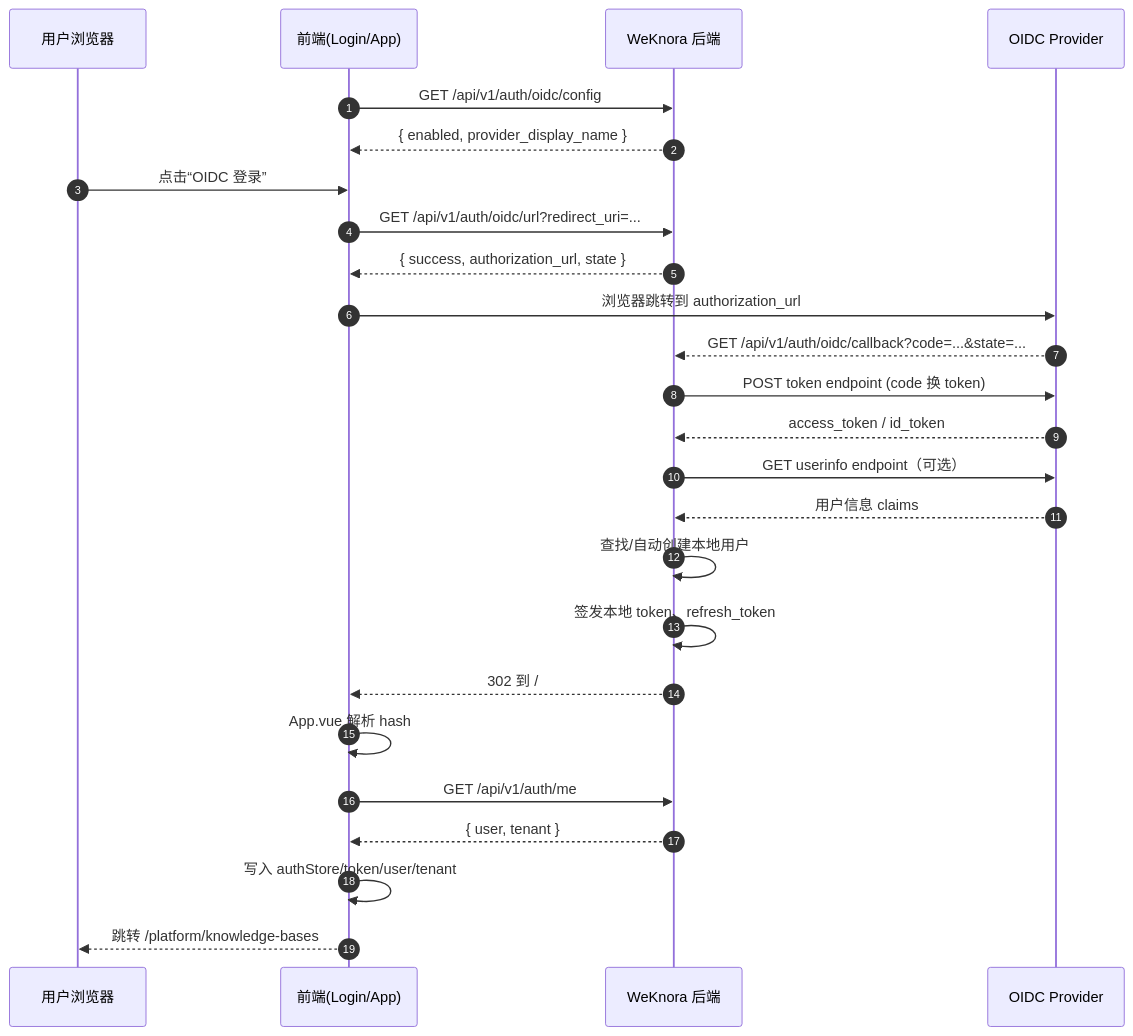
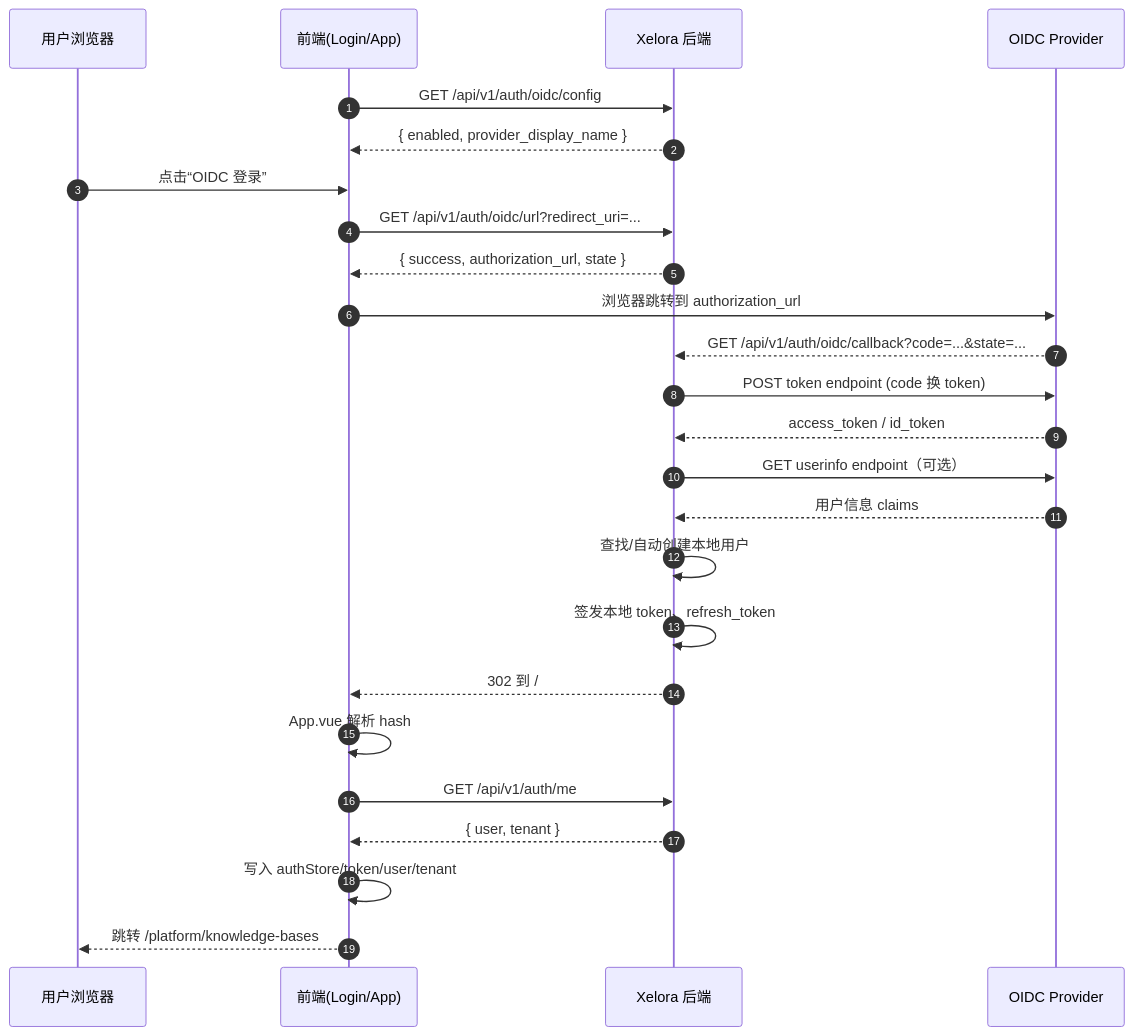
One commit to Nevermore222/WeKnora changed the first of 2 diagrams in docs/OIDC认证调用流程.md. Above: the diagram before and after it, drawn with Mermaid. The commit also changed other lines of this file and 1259 other files, not shown here.

Commit message:
rebrand project from WeKnora to Xelora

````diff
--- a/docs/OIDC认证调用流程.md
+++ b/docs/OIDC认证调用流程.md
@@ -69,32 +69,32 @@
 ```mermaid
 sequenceDiagram
     autonumber
     participant U as 用户浏览器
     participant FE as 前端(Login/App)
-    participant BE as WeKnora 后端
+    participant BE as Xelora 后端
     participant OP as OIDC Provider
 
     FE->>BE: GET /api/v1/auth/oidc/config
     BE-->>FE: { enabled, provider_display_name }
 
     U->>FE: 点击“OIDC 登录”
     FE->>BE: GET /api/v1/auth/oidc/url?redirect_uri=...
     BE-->>FE: { success, authorization_url, state }
     FE->>OP: 浏览器跳转到 authorization_url
 
     OP-->>BE: GET /api/v1/auth/oidc/callback?code=...&state=...
     BE->>OP: POST token endpoint (code 换 token)
     OP-->>BE: access_token / id_token
     BE->>OP: GET userinfo endpoint（可选）
     OP-->>BE: 用户信息 claims
 
     BE->>BE: 查找/自动创建本地用户
     BE->>BE: 签发本地 token、refresh_token
     BE-->>FE: 302 到 /#oidc_result=...
 
     FE->>FE: App.vue 解析 hash
     FE->>BE: GET /api/v1/auth/me
     BE-->>FE: { user, tenant }
     FE->>FE: 写入 authStore/token/user/tenant
     FE-->>U: 跳转 /platform/knowledge-bases
 ```
````
